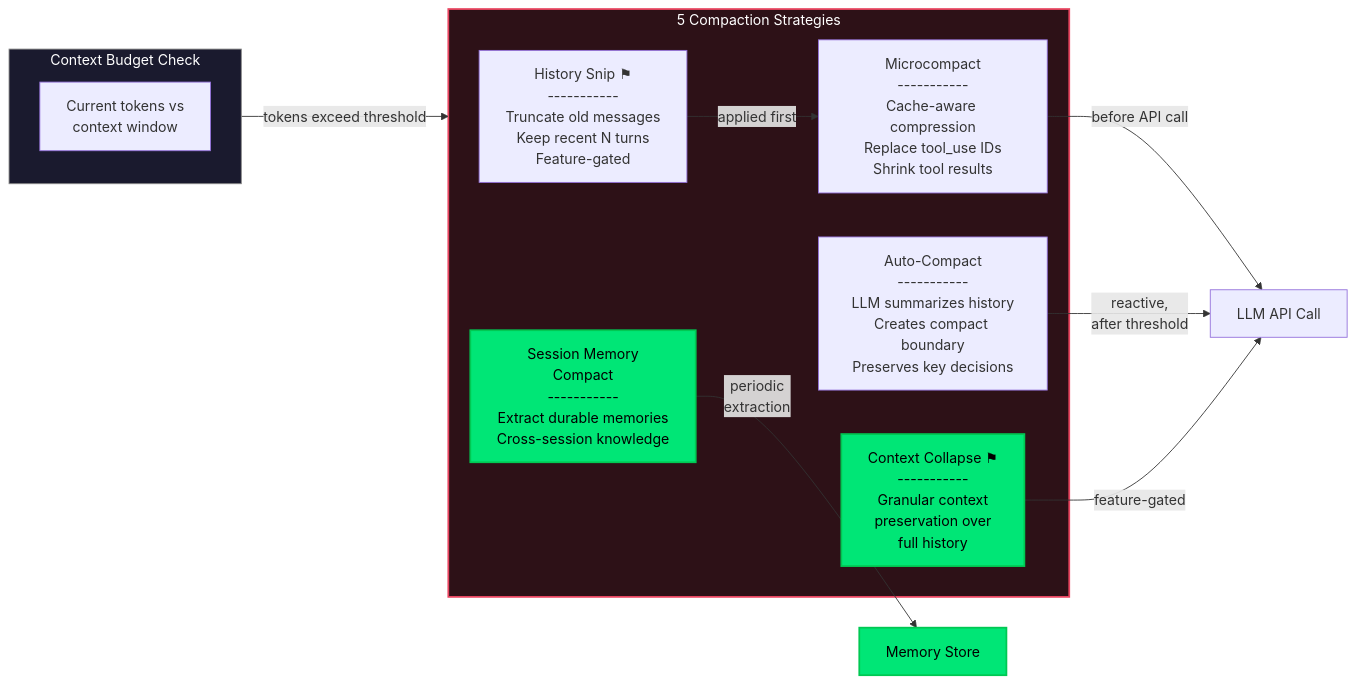
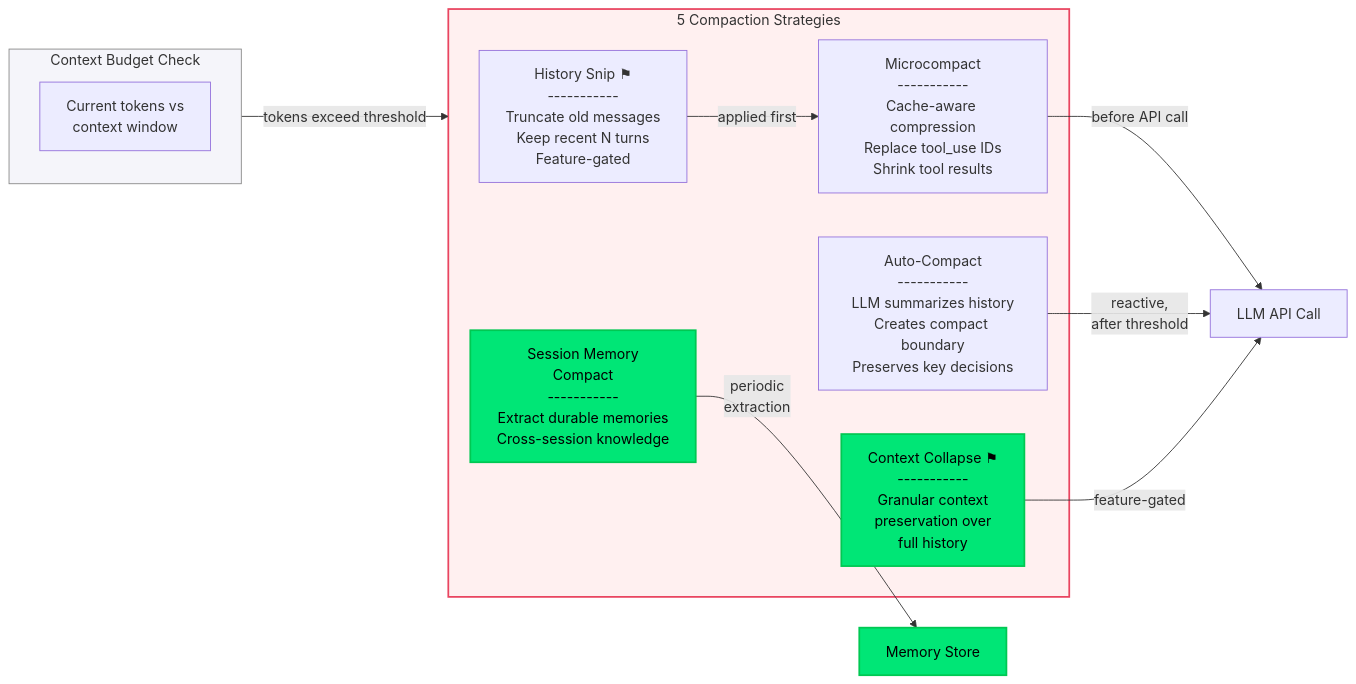
The tenth of 14 diagrams in DIAGRAMS.md (PavelValentov/multi-agent-architecture), drawn with Mermaid before and after one commit. The commit also changed other lines of this file, not shown here.

First line of the commit message:
Switch diagram backgrounds to light pastels for white theme compatibility

````diff
--- a/DIAGRAMS.md
+++ b/DIAGRAMS.md
@@ -833,28 +833,28 @@
 ```mermaid
 flowchart LR
     subgraph Input["Context Budget Check"]
         TOKENS["Current tokens vs<br/>context window"]
     end
 
     Input -->|"tokens exceed threshold"| STRATEGIES
 
     subgraph STRATEGIES["5 Compaction Strategies"]
         SNIP["History Snip ⚑<br/>-----------<br/>Truncate old messages<br/>Keep recent N turns<br/>Feature-gated"]
         MICRO["Microcompact<br/>-----------<br/>Cache-aware compression<br/>Replace tool_use IDs<br/>Shrink tool results"]
         AUTO["Auto-Compact<br/>-----------<br/>LLM summarizes history<br/>Creates compact boundary<br/>Preserves key decisions"]
         CTX_COLLAPSE["Context Collapse ⚑<br/>-----------<br/>Granular context<br/>preservation over<br/>full history"]
         SESSION_MEM["Session Memory<br/>Compact<br/>-----------<br/>Extract durable memories<br/>Cross-session knowledge"]
     end
 
     SNIP -->|"applied first"| MICRO
     MICRO -->|"before API call"| API_CALL["LLM API Call"]
     AUTO -->|"reactive,<br/>after threshold"| API_CALL
     CTX_COLLAPSE -->|"feature-gated"| API_CALL
     SESSION_MEM -->|"periodic<br/>extraction"| MEMORY_STORE["Memory Store"]
 
-    style Input fill:#1a1a2e,stroke:#888,stroke-width:1px,color:#fff
-    style STRATEGIES fill:#2d1117,stroke:#e94560,stroke-width:2px,color:#fff
+    style Input fill:#f5f5fa,stroke:#888,stroke-width:1px,color:#333
+    style STRATEGIES fill:#fff0f0,stroke:#e94560,stroke-width:2px,color:#333
     style SESSION_MEM fill:#00e676,stroke:#00c853,stroke-width:2px,color:#000
     style CTX_COLLAPSE fill:#00e676,stroke:#00c853,stroke-width:2px,color:#000
     style MEMORY_STORE fill:#00e676,stroke:#00c853,stroke-width:2px,color:#000
 ```
````
